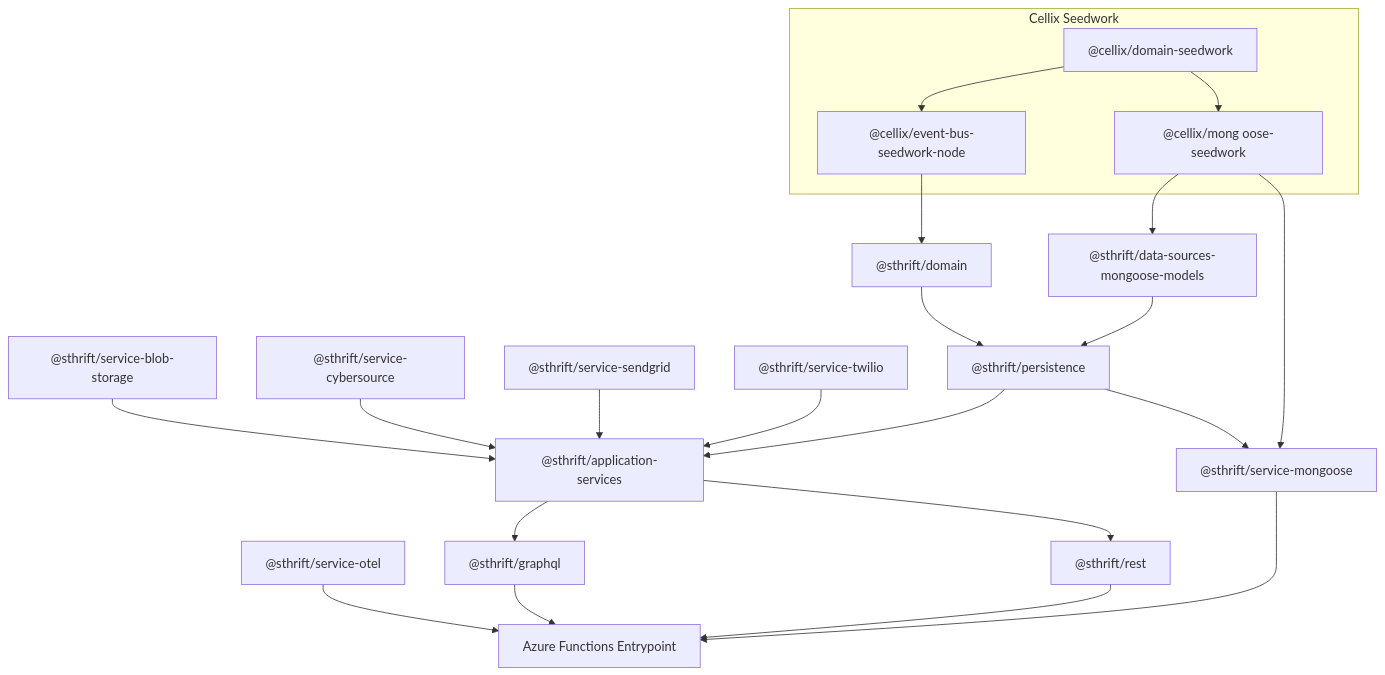
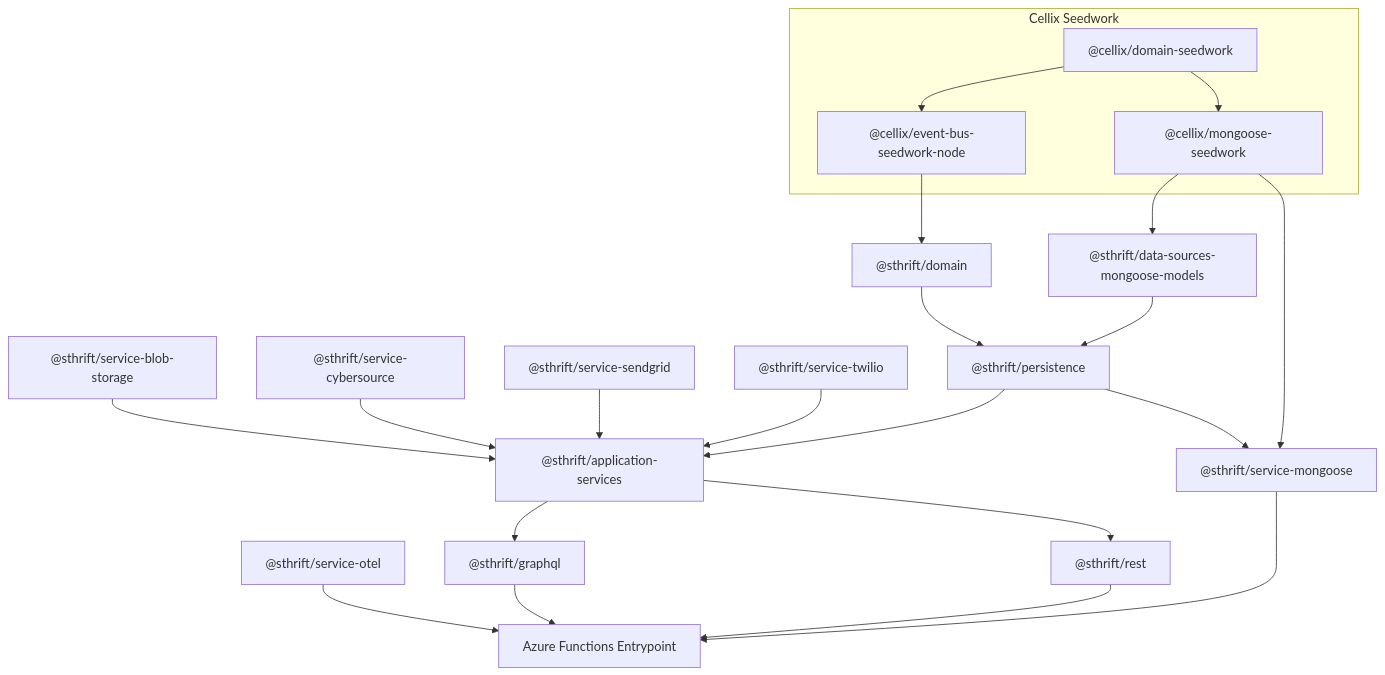
One commit to simnova/sharethrift changed the diagram in documents/archictecture-diagram.md. Above: the diagram before and after it, drawn with Mermaid.

````diff
--- a/documents/archictecture-diagram.md
+++ b/documents/archictecture-diagram.md
@@ -2,66 +2,66 @@
 ```mermaid
 graph TD
   %% Seedwork and shared libraries
   subgraph Cellix Seedwork
     cellix-domain-seedwork["@cellix/domain-seedwork"]
     cellix-event-bus-seedwork-node["@cellix/event-bus-seedwork-node"]
-    cellix-mongoose-seedwork["@cellix/mong oose-seedwork"]
+    cellix-mongoose-seedwork["@cellix/mongoose-seedwork"]
   end
 
   %% Domain Layer
   sthrft-domain["@sthrift/domain"]
   sthrft-data-sources-mongoose-models["@sthrift/data-sources-mongoose-models"]
 
   %% Application Layer
   sthrft-application-services["@sthrift/application-services"]
 
   %% External Services (above Application Layer)
   sthrft-service-blob["@sthrift/service-blob-storage"]
   sthrft-service-cybersource["@sthrift/service-cybersource"]
   sthrft-service-sendgrid["@sthrift/service-sendgrid"]
   sthrft-service-twilio["@sthrift/service-twilio"]
 
   %% Infrastructure Layer
   sthrft-persistence["@sthrift/persistence"]
   sthrft-service-mongoose["@sthrift/service-mongoose"]
   sthrft-service-otel["@sthrift/service-otel"]
   sthrft-service-blob["@sthrift/service-blob-storage"]
   sthrft-service-cybersource["@sthrift/service-cybersource"]
   sthrft-service-sendgrid["@sthrift/service-sendgrid"]
   sthrft-service-twilio["@sthrift/service-twilio"]
 
   %% API Layer
   sthrft-graphql["@sthrift/graphql"]
   sthrft-rest["@sthrift/rest"]
   sthrft-api["@sthrift/api"]
 
   %% Connections
   cellix-domain-seedwork --> cellix-event-bus-seedwork-node
   cellix-domain-seedwork --> cellix-mongoose-seedwork
   cellix-event-bus-seedwork-node --> sthrft-domain
   cellix-mongoose-seedwork --> sthrft-data-sources-mongoose-models
   cellix-mongoose-seedwork --> sthrft-service-mongoose
 
   sthrft-domain --> sthrft-persistence
 
   sthrft-data-sources-mongoose-models --> sthrft-persistence
 
   sthrft-persistence --> sthrft-application-services
   sthrft-service-blob --> sthrft-application-services
   sthrft-service-cybersource --> sthrft-application-services
   sthrft-service-sendgrid --> sthrft-application-services
   sthrft-service-twilio --> sthrft-application-services
   sthrft-persistence --> sthrft-service-mongoose
 
   sthrft-application-services --> sthrft-graphql
   sthrft-application-services --> sthrft-rest
 
   sthrft-service-mongoose --> sthrft-api
   sthrft-service-otel --> sthrft-api
 
   sthrft-graphql --> sthrft-api
   sthrft-rest --> sthrft-api
 
   %% API entrypoint
   sthrft-api["Azure Functions Entrypoint"]
 ```
````
